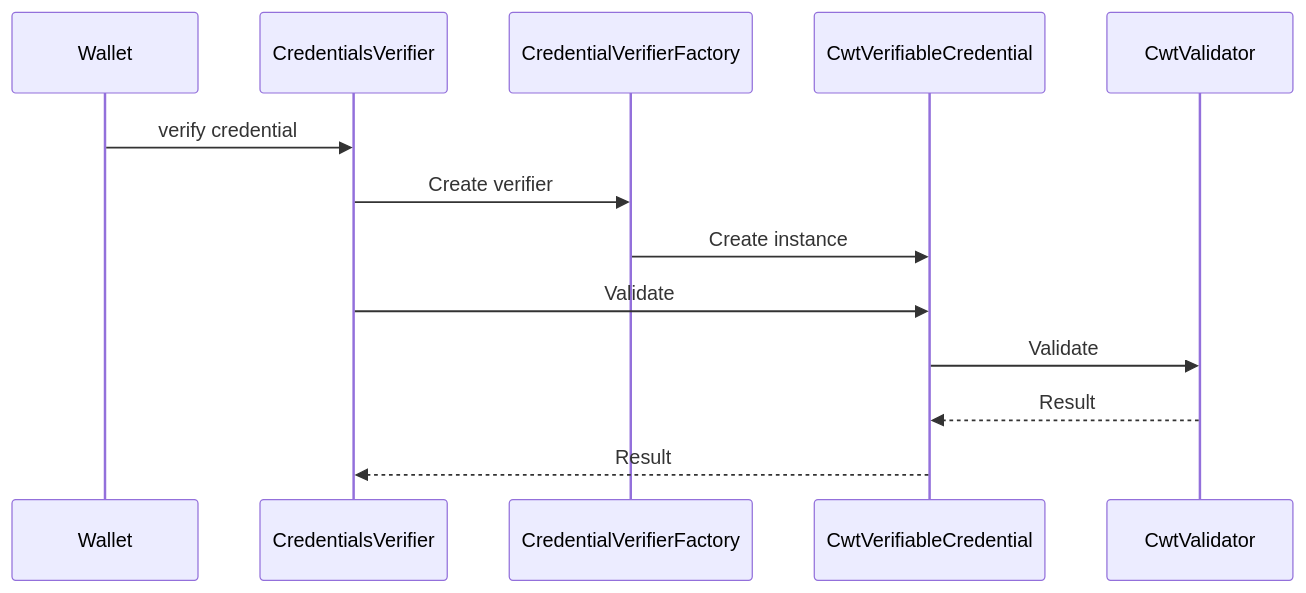
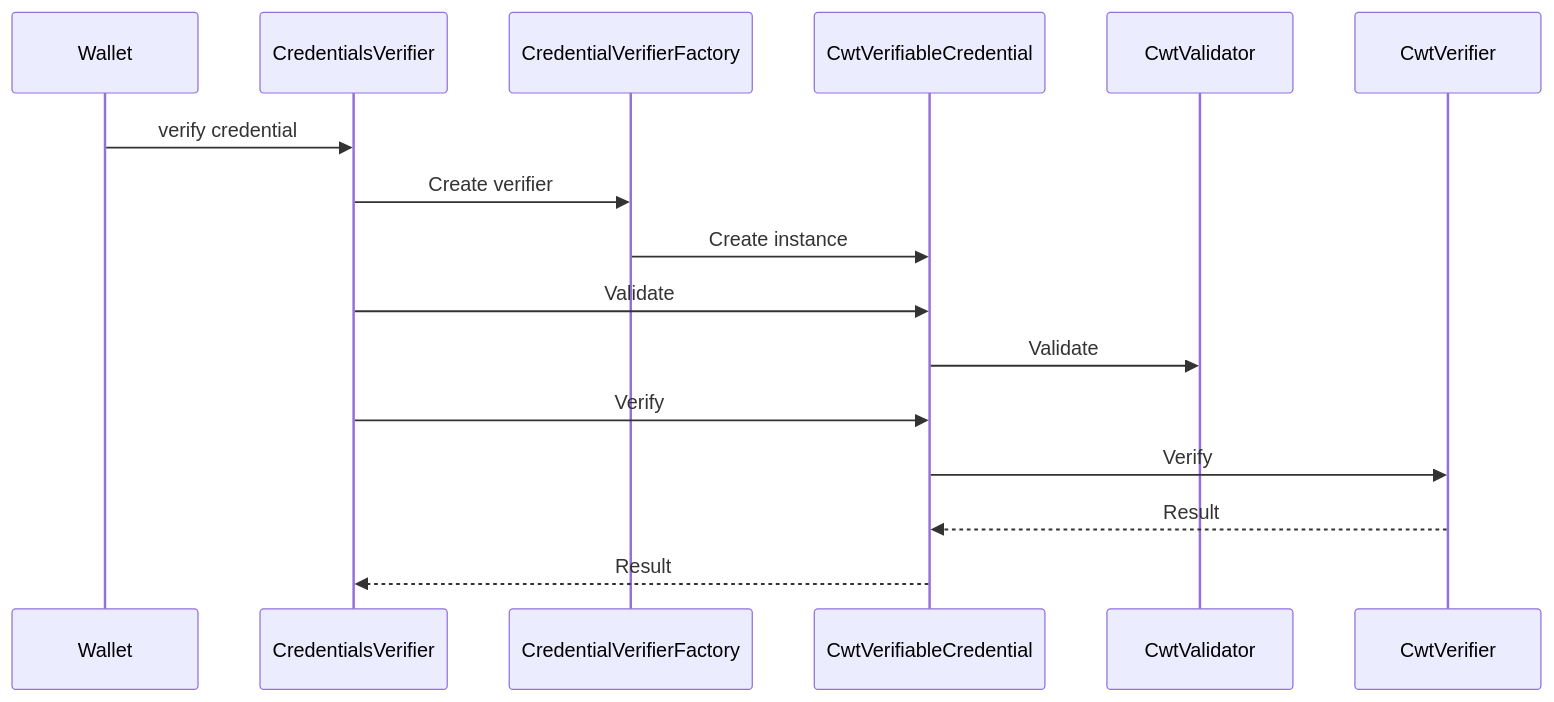
Before and after one commit to inji/vc-verifier: the first of 3 diagrams in doc/cwt-vc-verification-support.md, drawn with Mermaid.

Commit message:
[INJIVER] added the missing verify details in the sequenceDiagram

````diff
--- a/doc/cwt-vc-verification-support.md
+++ b/doc/cwt-vc-verification-support.md
@@ -30,10 +30,12 @@
 ```mermaid
 sequenceDiagram
    Wallet->>CredentialsVerifier: verify credential
    CredentialsVerifier->>CredentialVerifierFactory: Create verifier
    CredentialVerifierFactory->>CwtVerifiableCredential: Create instance
    CredentialsVerifier->>CwtVerifiableCredential: Validate
    CwtVerifiableCredential->>CwtValidator: Validate
-   CwtValidator-->>CwtVerifiableCredential: Result
+   CredentialsVerifier->>CwtVerifiableCredential: Verify
+   CwtVerifiableCredential->>CwtVerifier: Verify
+   CwtVerifier-->>CwtVerifiableCredential: Result
    CwtVerifiableCredential-->>CredentialsVerifier: Result
 ```
````
